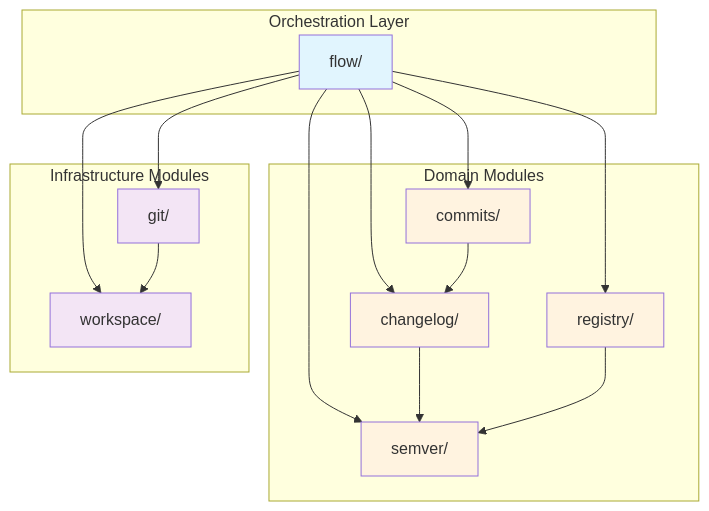
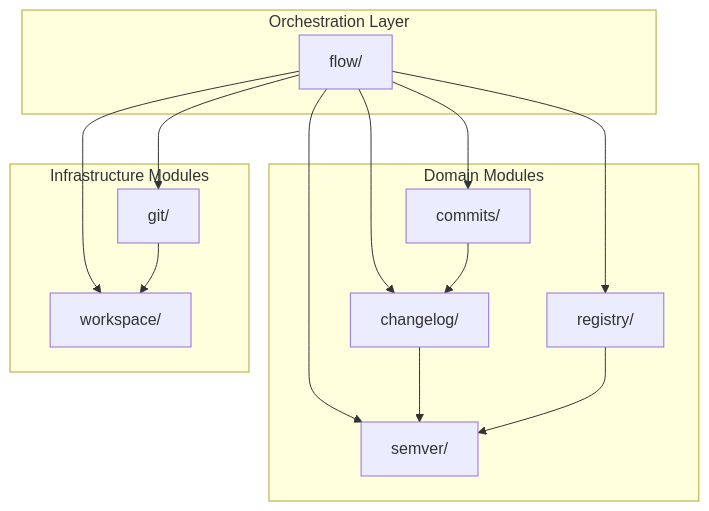
Before and after one commit to AndrewRedican/hyperfrontend: the second of 15 diagrams in libs/versioning/ARCHITECTURE.md, drawn with Mermaid. The commit also changed other lines of this file and 7 other files, not shown here.

````diff
--- a/libs/versioning/ARCHITECTURE.md
+++ b/libs/versioning/ARCHITECTURE.md
@@ -70,38 +70,30 @@
 ```mermaid
 graph TB
     subgraph "Orchestration Layer"
         flow[flow/]
     end
 
     subgraph "Domain Modules"
         changelog[changelog/]
         commits[commits/]
         semver[semver/]
         registry[registry/]
     end
 
     subgraph "Infrastructure Modules"
         git[git/]
         workspace[workspace/]
     end
 
     flow --> changelog
     flow --> commits
     flow --> semver
     flow --> registry
     flow --> git
     flow --> workspace
 
     changelog --> semver
     commits --> changelog
     registry --> semver
     git --> workspace
-
-    style flow fill:#e1f5fe
-    style changelog fill:#fff3e0
-    style commits fill:#fff3e0
-    style semver fill:#fff3e0
-    style registry fill:#fff3e0
-    style git fill:#f3e5f5
-    style workspace fill:#f3e5f5
 ```
````
